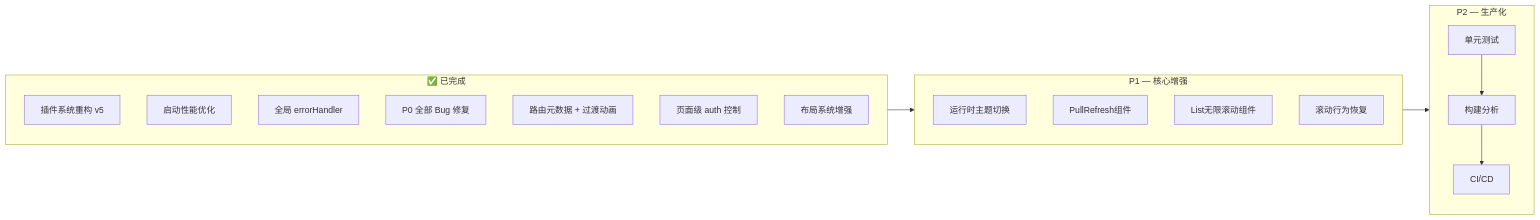
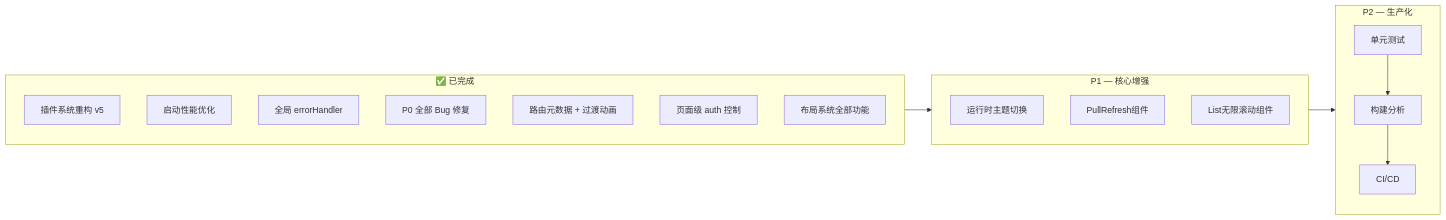
Before and after one commit to m2maomao/vite-plugins-demo: the diagram in plans/framework-deep-analysis.md, drawn with Mermaid. The commit also changed other lines of this file and 7 other files, not shown here.

````diff
--- a/plans/framework-deep-analysis.md
+++ b/plans/framework-deep-analysis.md
@@ -420,24 +417,23 @@
 ```mermaid
 flowchart LR
     subgraph Done[✅ 已完成]
         D1[插件系统重构 v5]
         D2[启动性能优化]
         D3[全局 errorHandler]
         D4[P0 全部 Bug 修复]
         D5[路由元数据 + 过渡动画]
         D6[页面级 auth 控制]
-        D7[布局系统增强]
+        D7[布局系统全部功能]
     end
     subgraph P1[P1 — 核心增强]
         B1[运行时主题切换]
         B2[PullRefresh组件]
         B3[List无限滚动组件]
-        B4[滚动行为恢复]
     end
     subgraph P2[P2 — 生产化]
         C1[单元测试] --> C2[构建分析]
         C2 --> C3[CI/CD]
     end
     Done --> P1
     P1 --> P2
 ```
````
